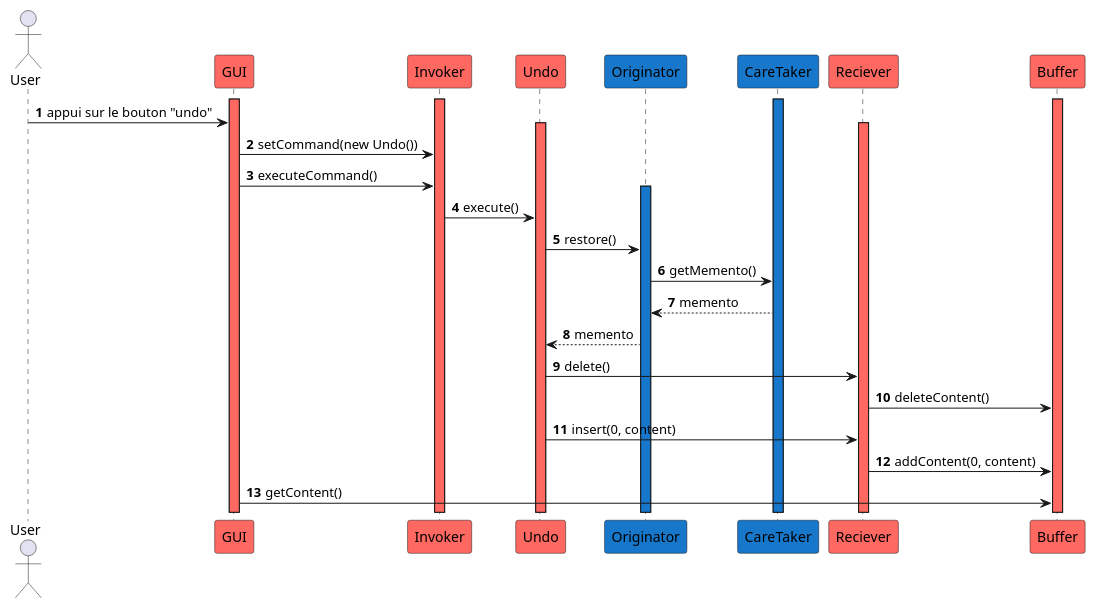
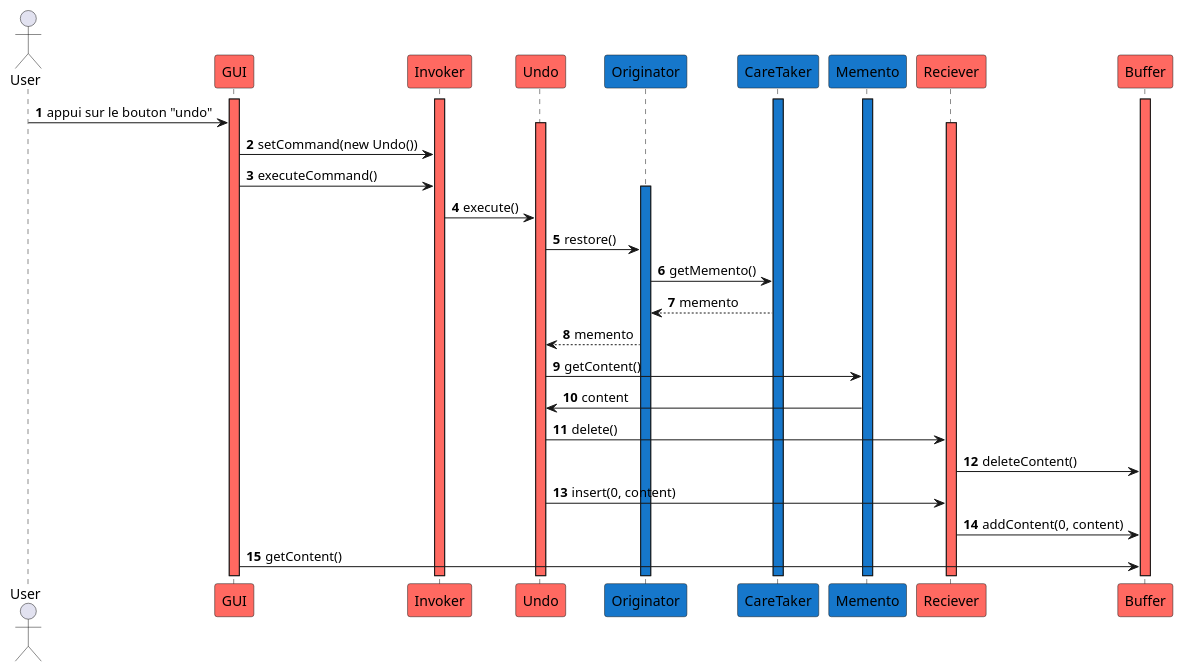
The diagram in V2/Conception/Sequence_diagrams/Undo.puml (Camille-Molinier/text-editor), drawn with PlantUML before and after one commit. The commit also changed 30 other files, not shown here.

```diff
--- a/V2/Conception/Sequence_diagrams/Undo.puml
+++ b/V2/Conception/Sequence_diagrams/Undo.puml
@@ -1,44 +1,48 @@
 @startuml
 'https://plantuml.com/sequence-diagram
 
 autonumber
 
 actor User
 
 participant GUI #ff6961
 participant Invoker #ff6961
 participant Undo #ff6961
 participant Originator #1677CB
 participant CareTaker #1677CB
+participant Memento #1677CB
 participant Reciever #ff6961
 participant Buffer #ff6961
 
 activate CareTaker #1677CB
 activate Invoker #ff6961
+activate Memento #1677CB
 activate GUI #ff6961
 activate Buffer #ff6961
 
 User -> GUI : appui sur le bouton "undo"
 
 activate Undo #ff6961
 activate Reciever #ff6961
 GUI -> Invoker : setCommand(new Undo())
 GUI -> Invoker : executeCommand()
 
 activate Originator #1677CB
 Invoker -> Undo : execute()
 
 Undo -> Originator : restore()
 
 Originator -> CareTaker : getMemento()
 CareTaker --> Originator : memento
 Originator --> Undo : memento
 
+Undo -> Memento : getContent()
+Memento -> Undo : content
 Undo -> Reciever : delete()
 Reciever -> Buffer : deleteContent()
 
 Undo -> Reciever : insert(0, content)
 Reciever -> Buffer : addContent(0, content)
 
 GUI -> Buffer : getContent()
 @enduml
```
